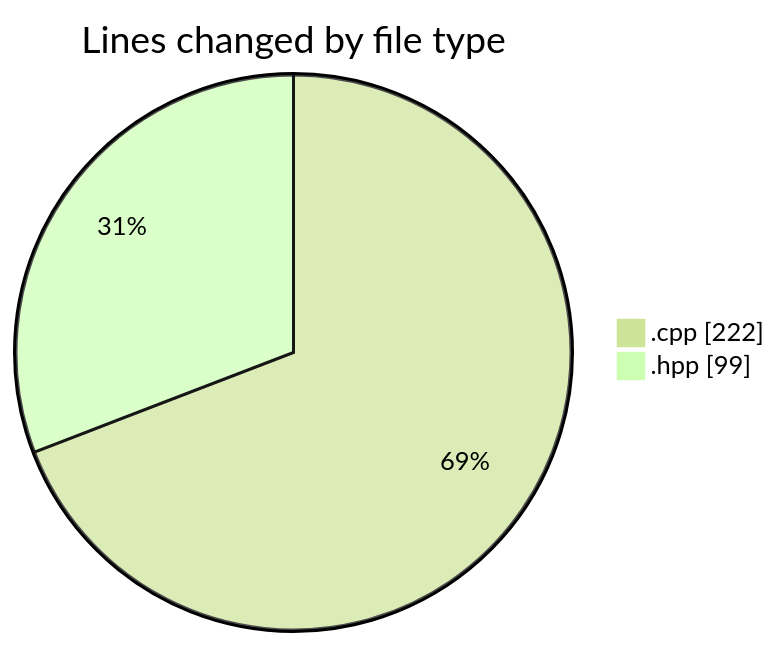
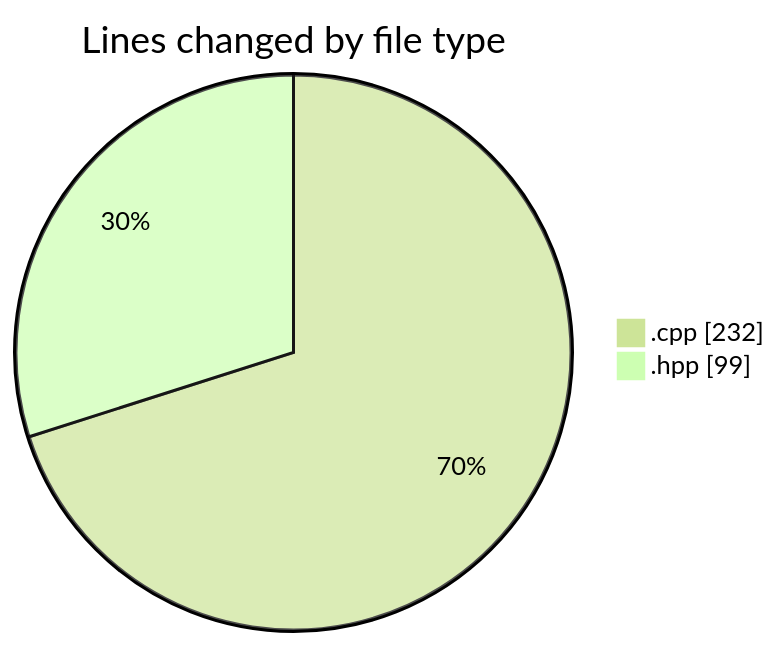
One commit to Netris89/code-tracking changed the first of 2 diagrams in 2025-04-25/echo/README.md. Above: the diagram before and after it, drawn with Mermaid (forest theme). The commit also changed other lines of this file and 1 other file, not shown here.

````diff
--- a/2025-04-25/echo/README.md
+++ b/2025-04-25/echo/README.md
@@ -21,6 +21,6 @@
 ```mermaid
 pie showData
 title Lines changed by file type
-".cpp" : 222
+".cpp" : 232
 ".hpp" : 99
 ```
````
